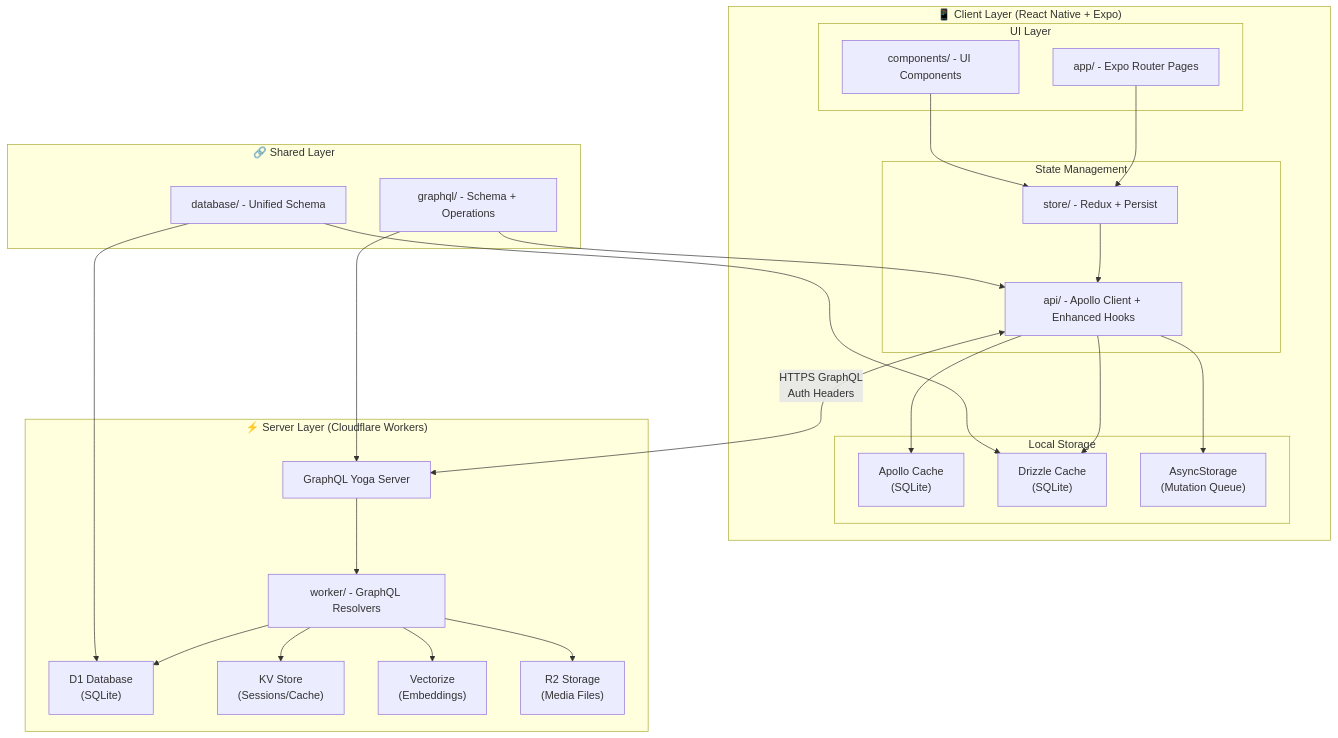
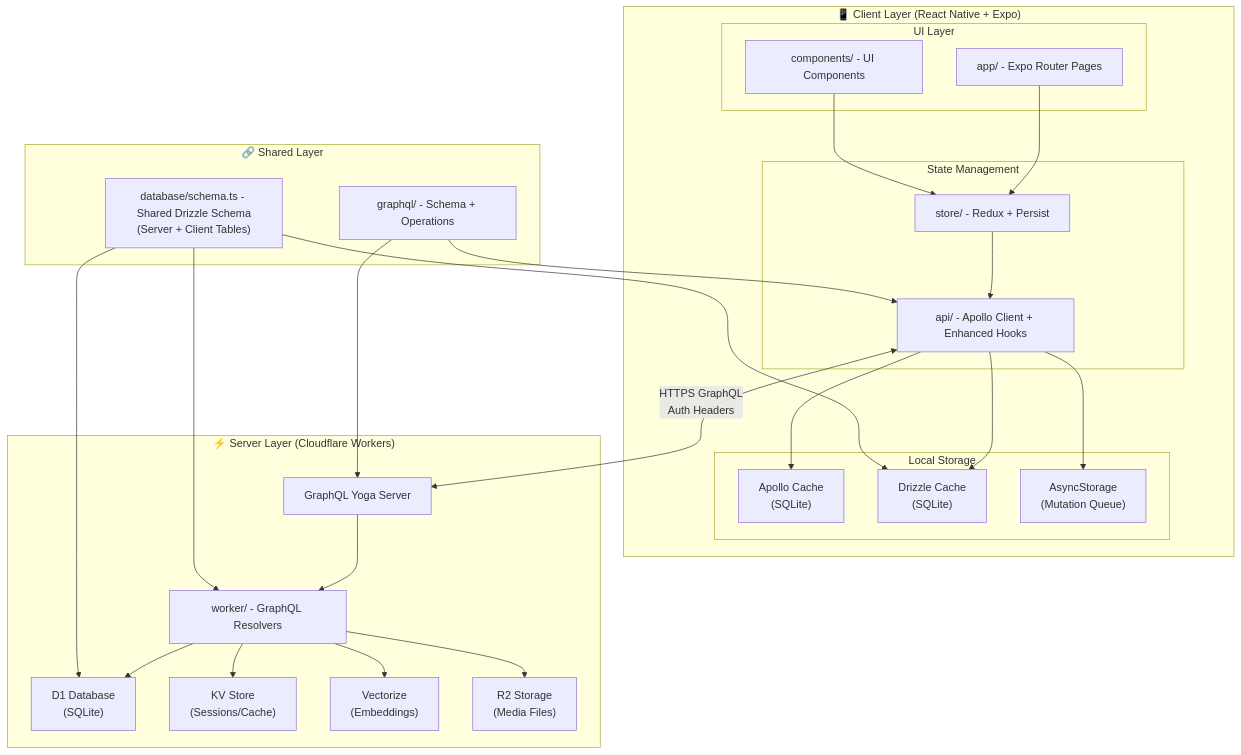
Before and after one commit to mehotkhan/safarnak.app: the first of 11 diagrams in README.md, drawn with Mermaid. The commit also changed other lines of this file and 1 other file, not shown here.

First line of the commit message:
docs: update README and cursor rules to reflect shared Drizzle schema architecture

````diff
--- a/README.md
+++ b/README.md
@@ -91,49 +92,50 @@
 ```mermaid
 flowchart TB
   subgraph Client["📱 Client Layer (React Native + Expo)"]
     subgraph UI["UI Layer"]
       A["app/ - Expo Router Pages"]
       B["components/ - UI Components"]
     end
     subgraph State["State Management"]
       C["store/ - Redux + Persist"]
       D["api/ - Apollo Client + Enhanced Hooks"]
     end
     subgraph Local["Local Storage"]
       E["Apollo Cache<br/>(SQLite)"]
       F["Drizzle Cache<br/>(SQLite)"]
       G["AsyncStorage<br/>(Mutation Queue)"]
     end
   end
 
   subgraph Shared["🔗 Shared Layer"]
     H["graphql/ - Schema + Operations"]
-    I["database/ - Unified Schema"]
+    I["database/schema.ts - Shared Drizzle Schema<br/>(Server + Client Tables)"]
   end
 
   subgraph Worker["⚡ Server Layer (Cloudflare Workers)"]
     J["worker/ - GraphQL Resolvers"]
     K["GraphQL Yoga Server"]
     L["D1 Database<br/>(SQLite)"]
     M["KV Store<br/>(Sessions/Cache)"]
     N["Vectorize<br/>(Embeddings)"]
     O["R2 Storage<br/>(Media Files)"]
   end
 
   A --> C
   B --> C
   C --> D
   D --> E
   D --> F
   D --> G
   D <-->|HTTPS GraphQL<br/>Auth Headers| K
   K --> J
   J --> L
   J --> M
   J --> N
   J --> O
   H --> D
   H --> K
   I --> F
   I --> L
+  I --> J
 ```
````
